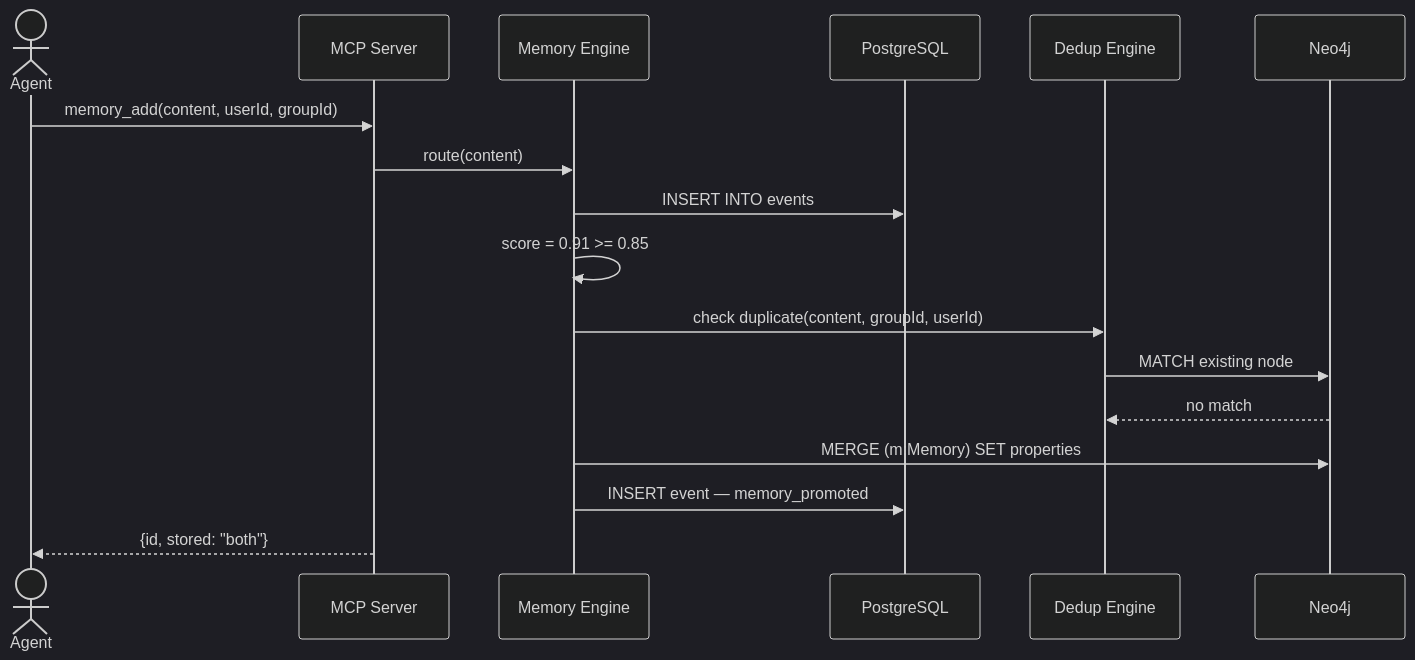
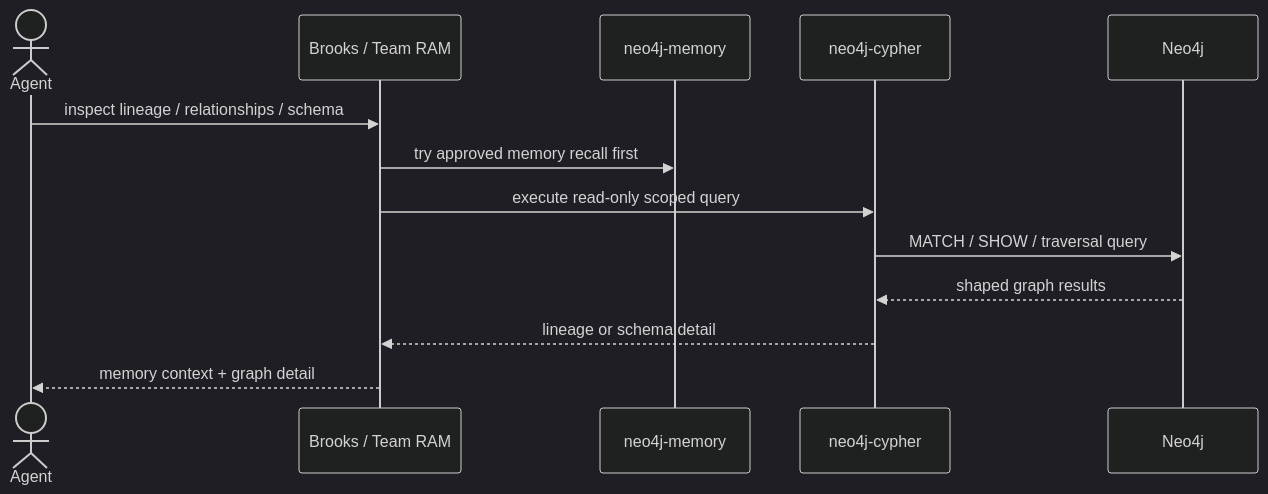
Before and after one commit to Charitablebusinessronin/Allura_Memory: the fourth of 8 diagrams in docs/allura/SOLUTION-ARCHITECTURE.md, drawn with Mermaid (dark theme). The commit also changed other lines of this file and 55 other files, not shown here.

````diff
--- a/docs/allura/SOLUTION-ARCHITECTURE.md
+++ b/docs/allura/SOLUTION-ARCHITECTURE.md
@@ -104,20 +150,16 @@
 ```mermaid
 sequenceDiagram
     actor Agent
-    participant MCP as MCP Server
-    participant Engine as Memory Engine
-    participant PG as PostgreSQL
-    participant Dedup as Dedup Engine
+    participant Brooks as Brooks / Team RAM
+    participant Memory as neo4j-memory
+    participant Cypher as neo4j-cypher
     participant N4J as Neo4j
 
-    Agent->>MCP: memory_add(content, userId, groupId)
-    MCP->>Engine: route(content)
-    Engine->>PG: INSERT INTO events
-    Engine->>Engine: score = 0.91 >= 0.85
-    Engine->>Dedup: check duplicate(content, groupId, userId)
-    Dedup->>N4J: MATCH existing node
-    N4J-->>Dedup: no match
-    Engine->>N4J: MERGE (m:Memory) SET properties
-    Engine->>PG: INSERT event — memory_promoted
-    MCP-->>Agent: {id, stored: "both"}
+    Agent->>Brooks: inspect lineage / relationships / schema
+    Brooks->>Memory: try approved memory recall first
+    Brooks->>Cypher: execute read-only scoped query
+    Cypher->>N4J: MATCH / SHOW / traversal query
+    N4J-->>Cypher: shaped graph results
+    Cypher-->>Brooks: lineage or schema detail
+    Brooks-->>Agent: memory context + graph detail
 ```
````
